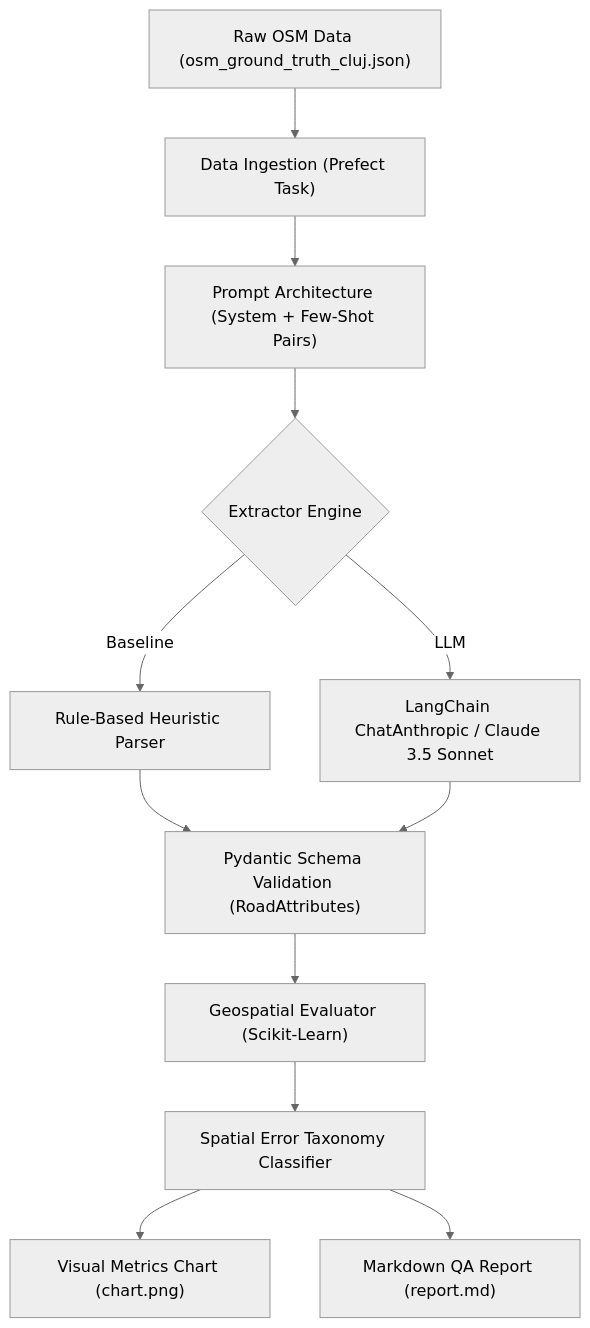
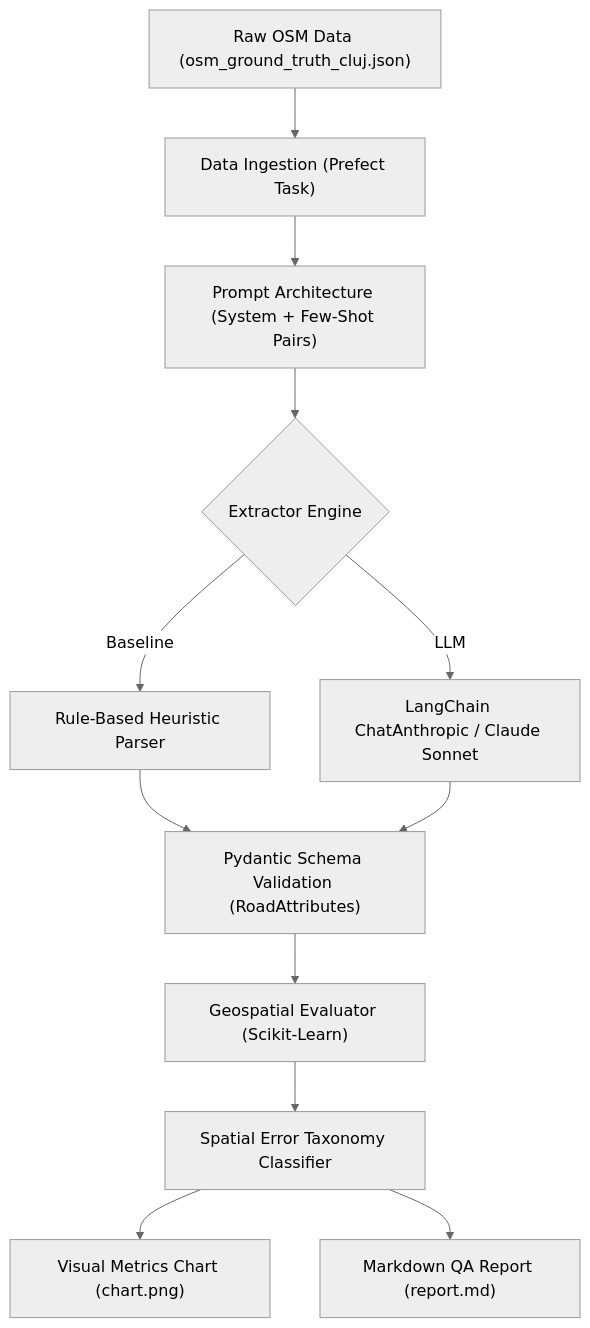
Before and after one commit to GhileaLucian/geo-attribute-llm: the diagram in README.md, drawn with Mermaid (neutral theme). The commit also changed other lines of this file and 5 other files, not shown here.

````diff
--- a/README.md
+++ b/README.md
@@ -31,14 +31,14 @@
 ```mermaid
 flowchart TD
     A["Raw OSM Data (osm_ground_truth_cluj.json)"] --> B["Data Ingestion (Prefect Task)"]
     B --> C["Prompt Architecture (System + Few-Shot Pairs)"]
     C --> D{"Extractor Engine"}
     D -->|"Baseline"| E1["Rule-Based Heuristic Parser"]
-    D -->|"LLM"| E2["LangChain ChatAnthropic / Claude 3.5 Sonnet"]
+    D -->|"LLM"| E2["LangChain ChatAnthropic / Claude Sonnet"]
     E1 --> F["Pydantic Schema Validation (RoadAttributes)"]
     E2 --> F
     F --> G["Geospatial Evaluator (Scikit-Learn)"]
     G --> H["Spatial Error Taxonomy Classifier"]
     H --> I["Visual Metrics Chart (chart.png)"]
     H --> J["Markdown QA Report (report.md)"]
 ```
````
